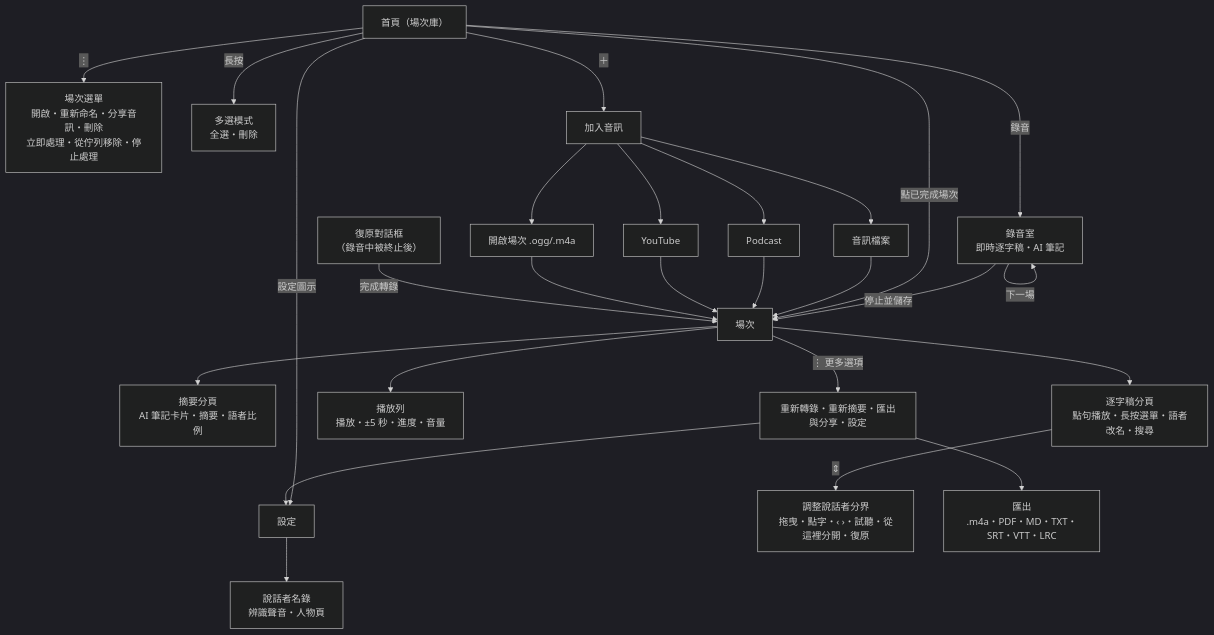
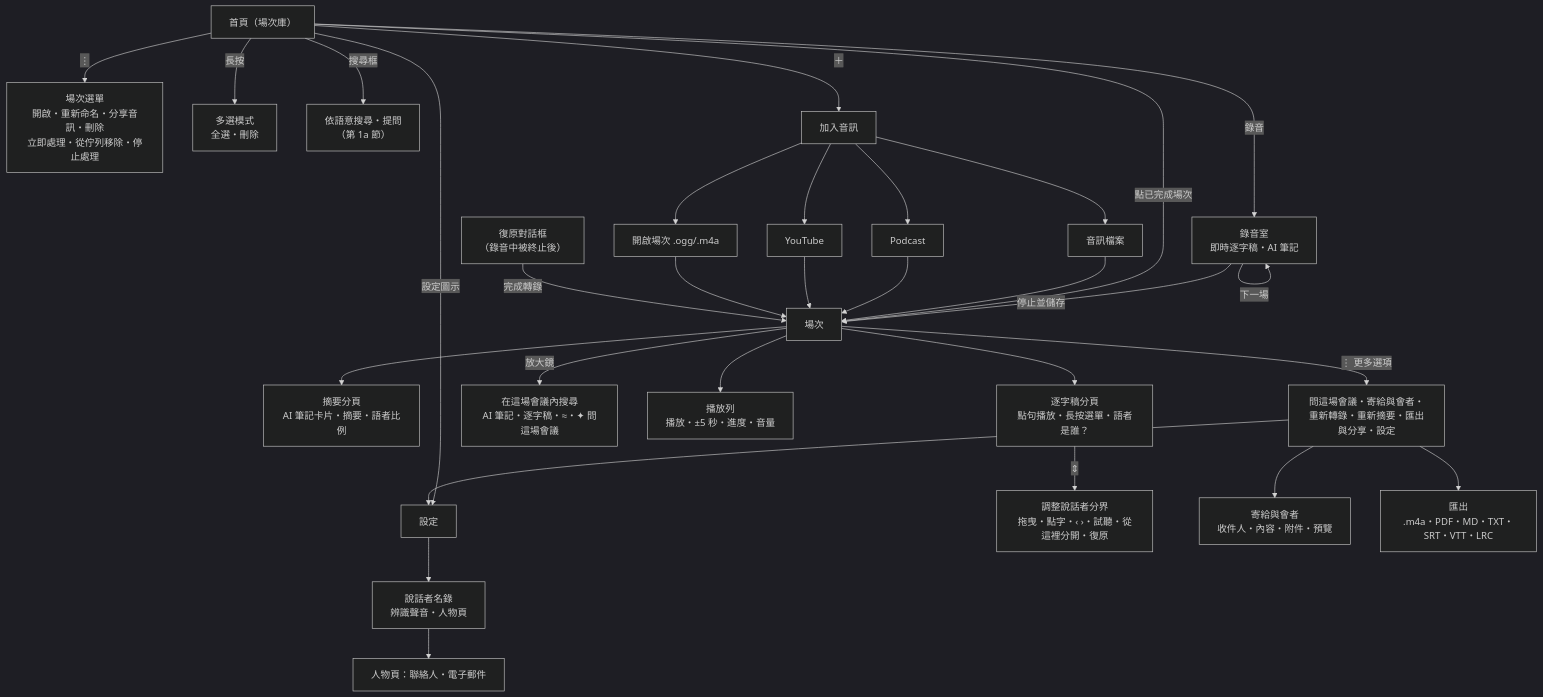
The diagram in docs/USER_GUIDE.md (vieenrose/PrimeMinutes), drawn with Mermaid (dark theme) before and after one commit. The commit also changed other lines of this file and 26 other files, not shown here.

````diff
--- a/docs/USER_GUIDE.md
+++ b/docs/USER_GUIDE.md
@@ -12,29 +12,33 @@
 ```mermaid
 flowchart TD
     Home["首頁（場次庫）"]
     Home -->|"⋮"| RowMenu["場次選單<br/>開啟・重新命名・分享音訊・刪除<br/>立即處理・從佇列移除・停止處理"]
     Home -->|長按| Select["多選模式<br/>全選・刪除"]
+    Home -->|搜尋框| Search["依語意搜尋・提問<br/>（第 1a 節）"]
     Home -->|＋| Add["加入音訊"]
     Add --> File["音訊檔案"]
     Add --> Podcast["Podcast"]
     Add --> YouTube["YouTube"]
     Add --> Open["開啟場次 .ogg/.m4a"]
     Home -->|設定圖示| Settings["設定"]
     Home -->|錄音| Booth["錄音室<br/>即時逐字稿・AI 筆記"]
     Booth -->|下一場| Booth
     Booth -->|停止並儲存| Session
     Home -->|點已完成場次| Session["場次"]
     File --> Session
     Podcast --> Session
     YouTube --> Session
     Open --> Session
     Session --> Summary["摘要分頁<br/>AI 筆記卡片・摘要・語者比例"]
     Settings --> People["說話者名錄<br/>辨識聲音・人物頁"]
-    Session --> Transcript["逐字稿分頁<br/>點句播放・長按選單・語者改名・搜尋"]
+    People --> Contact["人物頁：聯絡人・電子郵件"]
+    Session --> Transcript["逐字稿分頁<br/>點句播放・長按選單・語者是誰？"]
+    Session -->|"放大鏡"| InSearch["在這場會議內搜尋<br/>AI 筆記・逐字稿・≈・✦ 問這場會議"]
     Transcript -->|"⇕"| Boundary["調整說話者分界<br/>拖曳・點字・‹ ›・試聽・從這裡分開・復原"]
     Session --> Player["播放列<br/>播放・±5 秒・進度・音量"]
-    Session -->|"⋮ 更多選項"| More["重新轉錄・重新摘要・匯出與分享・設定"]
+    Session -->|"⋮ 更多選項"| More["問這場會議・寄給與會者・重新轉錄・重新摘要・匯出與分享・設定"]
+    More --> Mail["寄給與會者<br/>收件人・內容・附件・預覽"]
     More --> Export["匯出<br/>.m4a・PDF・MD・TXT・SRT・VTT・LRC"]
     More --> Settings
     Recovery["復原對話框<br/>（錄音中被終止後）"] -->|完成轉錄| Session
 ```
````
